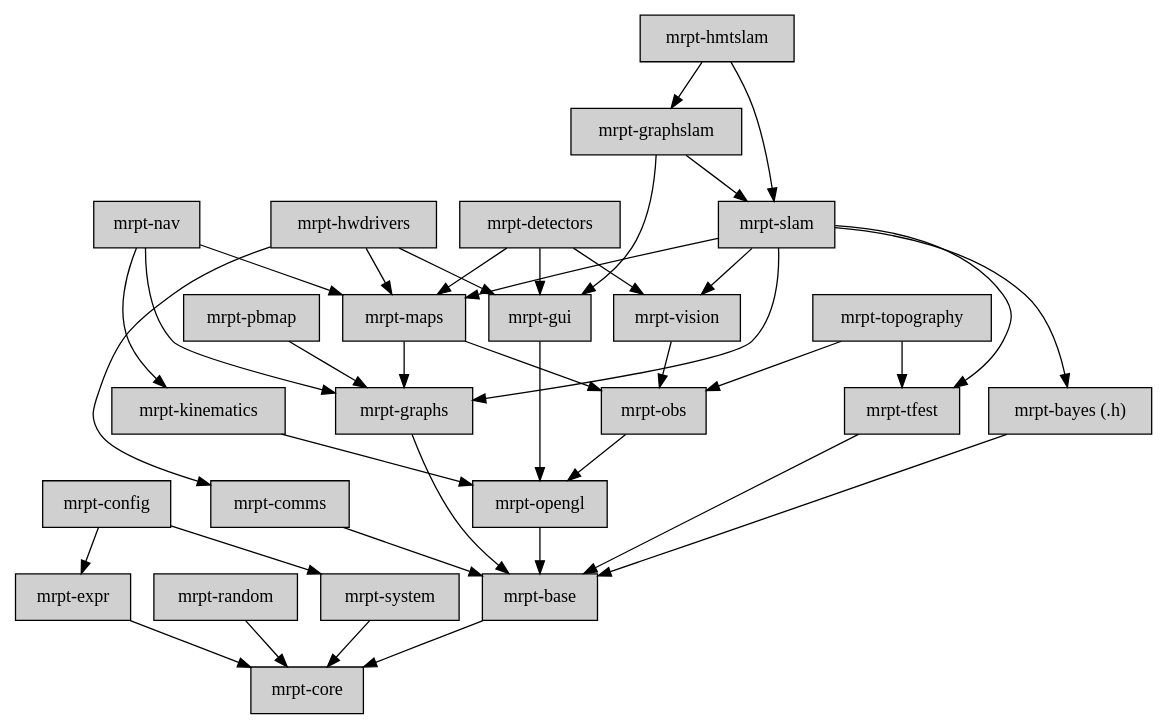
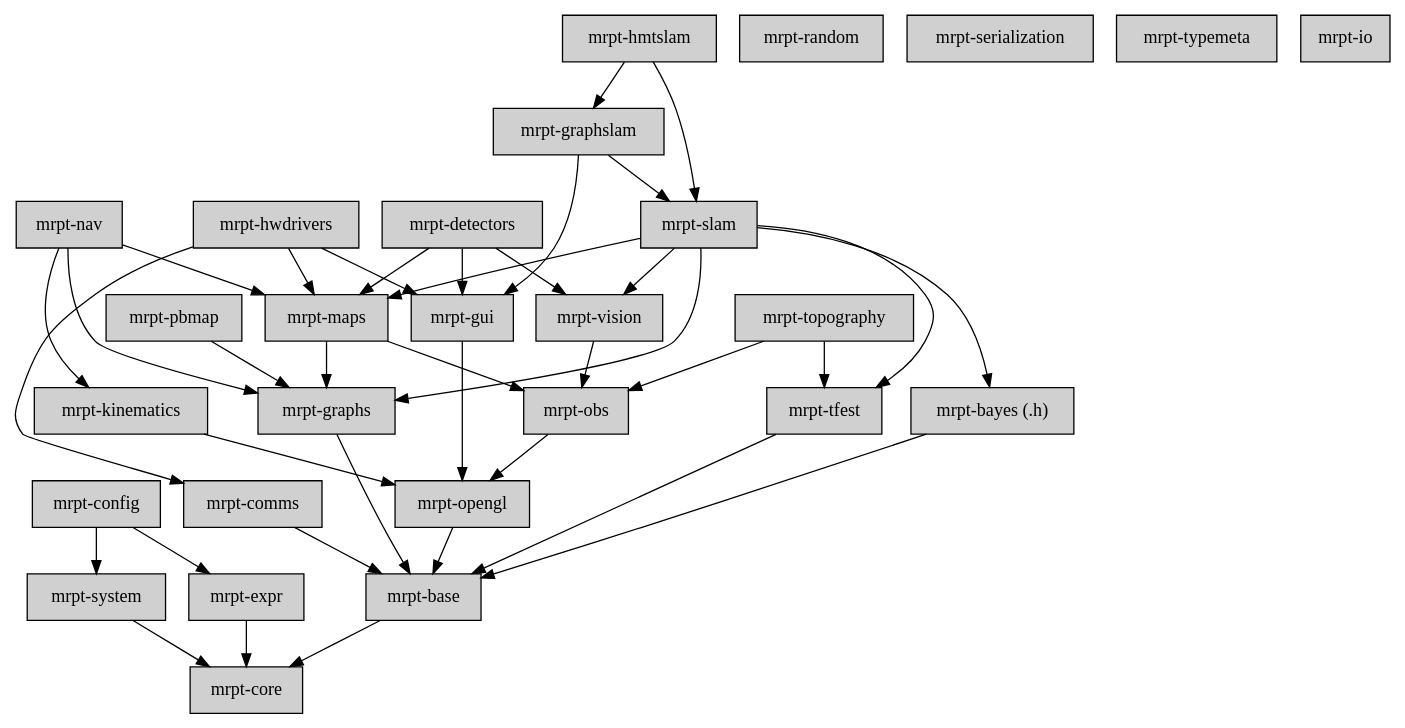
The diagram in doc/design_of_images/graph_mrpt_libs.dot (MRPT/mrpt), drawn with Graphviz before and after one commit. The commit also changed 13 other files, not shown here.

```diff
--- a/doc/design_of_images/graph_mrpt_libs.dot
+++ b/doc/design_of_images/graph_mrpt_libs.dot
@@ -1,91 +1,96 @@
 digraph MRPT_LIBS {
 
 	node [shape=box,style=filled, fillcolor="#D0D0D0"];
 
 	core       [label="mrpt-core",URL="group__mrpt__core__grp.html"];
 	
 	expr       [label="mrpt-expr",URL="group__mrpt__expr__grp.html"];
 	expr -> core;
 
 	random     [label="mrpt-random",URL="group__mrpt__random__grp.html"];
-	random -> core;
+
+	serialization [label="mrpt-serialization",URL="group__mrpt__serialization__grp.html"];
+	
+	typemeta [label="mrpt-typemeta",URL="group__mrpt__typemeta__grp.html"];
+
+	io [label="mrpt-io",URL="group__mrpt__io__grp.html"];
 	
 	system     [label="mrpt-system",URL="group__mrpt__system__grp.html"];
 	system -> core;
 	
 	config     [label="mrpt-config",URL="group__mrpt__config__grp.html"];
 	config -> expr;
 	config -> system;
 	
 	base       [label="mrpt-base",URL="group__mrpt__base__grp.html"];
 	base -> core;
 	
 	comms      [label="mrpt-comms",URL="group__mrpt__comms__grp.html"];
 	comms -> base;
 	
 	graphs     [label="mrpt-graphs",URL="group__mrpt__graphs__grp.html"];
 	graphs -> base;
 	
 	bayes      [label="mrpt-bayes (.h)",URL="group__mrpt__bayes__grp.html"];
 	bayes -> base;
 
 	opengl     [label="mrpt-opengl", URL="group__mrpt__opengl__grp.html"];
 	opengl -> base;
 
 	gui        [label="mrpt-gui",URL="group__mrpt__gui__grp.html"];
 	gui -> opengl;
 
 	obs        [label="mrpt-obs",URL="group__mrpt__obs__grp.html"];
 	obs -> opengl;
 
 	hwdrivers  [label="mrpt-hwdrivers",URL="group__mrpt__hwdrivers__grp.html"];
 	hwdrivers -> gui;
 	hwdrivers -> maps;
 	hwdrivers -> comms;
 
 	topography [label="mrpt-topography",URL="group__mrpt__topography__grp.html"];
 	topography -> obs;
 	topography -> tfest;
 
 	maps       [label="mrpt-maps",URL="group__mrpt__maps__grp.html"];
 	maps -> obs;
 	maps -> graphs;
 
 	vision     [label="mrpt-vision",URL="group__mrpt__vision__grp.html"];
 	vision -> obs;
 
 	tfest      [label="mrpt-tfest",URL="group__mrpt__tfest__grp.html"];
 	tfest -> base;
 
 	slam       [label="mrpt-slam",URL="group__mrpt__slam__grp.html"];
 	slam -> maps;
 	slam -> vision;
 	slam -> tfest;
 	slam -> bayes;
 	slam -> graphs;
 
 	graphslam  [label="mrpt-graphslam",URL="group__mrpt__graphslam__grp.html"];
 	graphslam -> slam;
 	graphslam -> gui;
 
 	hmtslam    [label="mrpt-hmtslam",URL="group__mrpt__hmtslam__grp.html"];
 	hmtslam -> slam;
 	hmtslam -> graphslam;
 
 	nav        [label="mrpt-nav",URL="group__mrpt__nav__grp.html"];
 	nav -> maps;
 	nav -> graphs;
 	nav -> kinematics;
 
 	detectors  [label="mrpt-detectors",URL="group__mrpt__detectors__grp.html"];
 	detectors -> vision;
 	detectors -> maps;
 	detectors -> gui;
 
 	kinematics [label="mrpt-kinematics",URL="group__mrpt__kinematics__grp.html"];
 	kinematics -> opengl;
 
 	pbmap      [label="mrpt-pbmap",URL="group__mrpt__pbmap__grp.html"];
 	pbmap -> graphs;
 
 }
```
